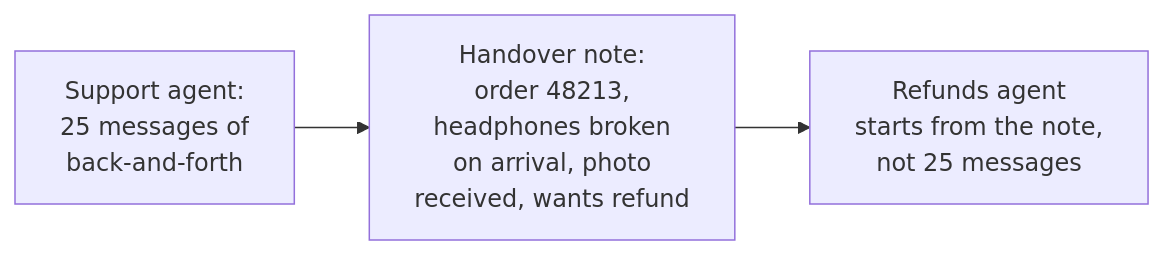
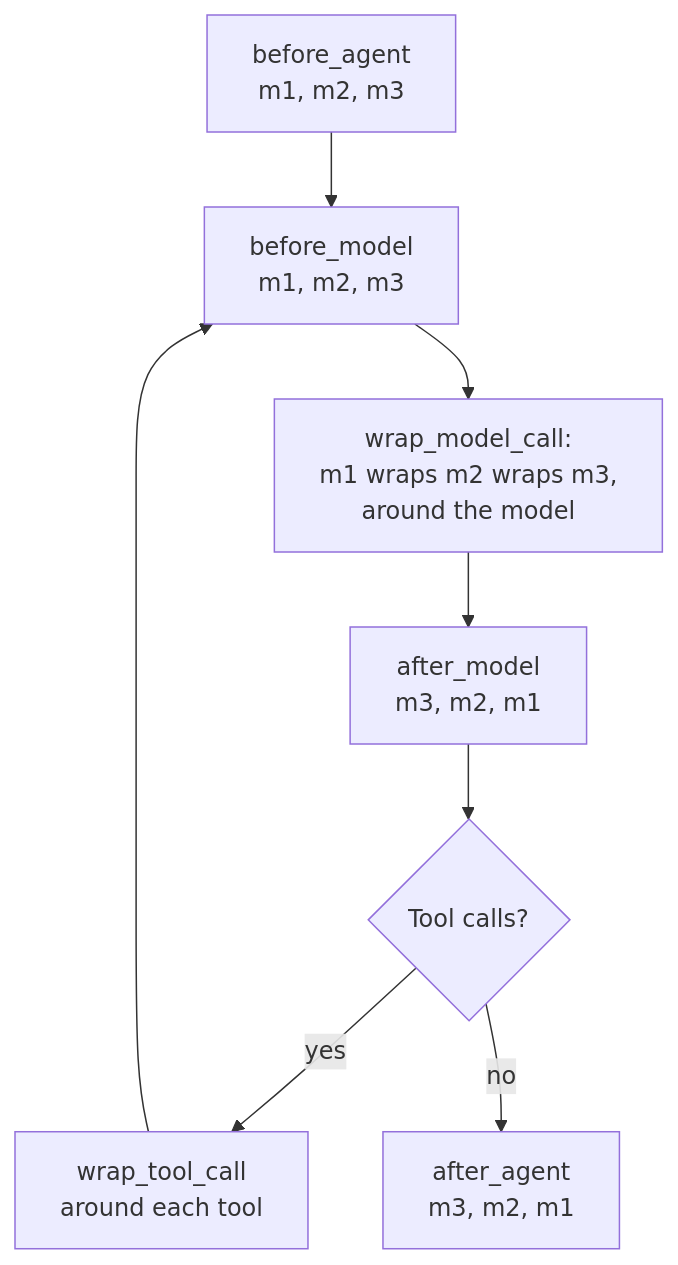
One commit to shubamchaudhary/CodeNITW changed the eighth of 8 diagrams in src/Data/aiStackDocs/CH-06.md. Above: the diagram before and after it, drawn with Mermaid. The commit also changed other lines of this file and 52 other files, not shown here.

````diff
--- a/src/Data/aiStackDocs/CH-06.md
+++ b/src/Data/aiStackDocs/CH-06.md
@@ -268,5 +278,10 @@
 ```mermaid
-flowchart LR
-    S["Support agent:<br/>25 messages of<br/>back-and-forth"] --> H["Handover note:<br/>order 48213,<br/>headphones broken<br/>on arrival, photo<br/>received, wants refund"]
-    H --> R["Refunds agent<br/>starts from the note,<br/>not 25 messages"]
+flowchart TD
+    BA["before_agent<br/>m1, m2, m3"] --> BM["before_model<br/>m1, m2, m3"]
+    BM --> WM["wrap_model_call:<br/>m1 wraps m2 wraps m3,<br/>around the model"]
+    WM --> AM["after_model<br/>m3, m2, m1"]
+    AM --> TC{"Tool calls?"}
+    TC -->|"yes"| WT["wrap_tool_call<br/>around each tool"]
+    WT --> BM
+    TC -->|"no"| AA["after_agent<br/>m3, m2, m1"]
 ```
````
